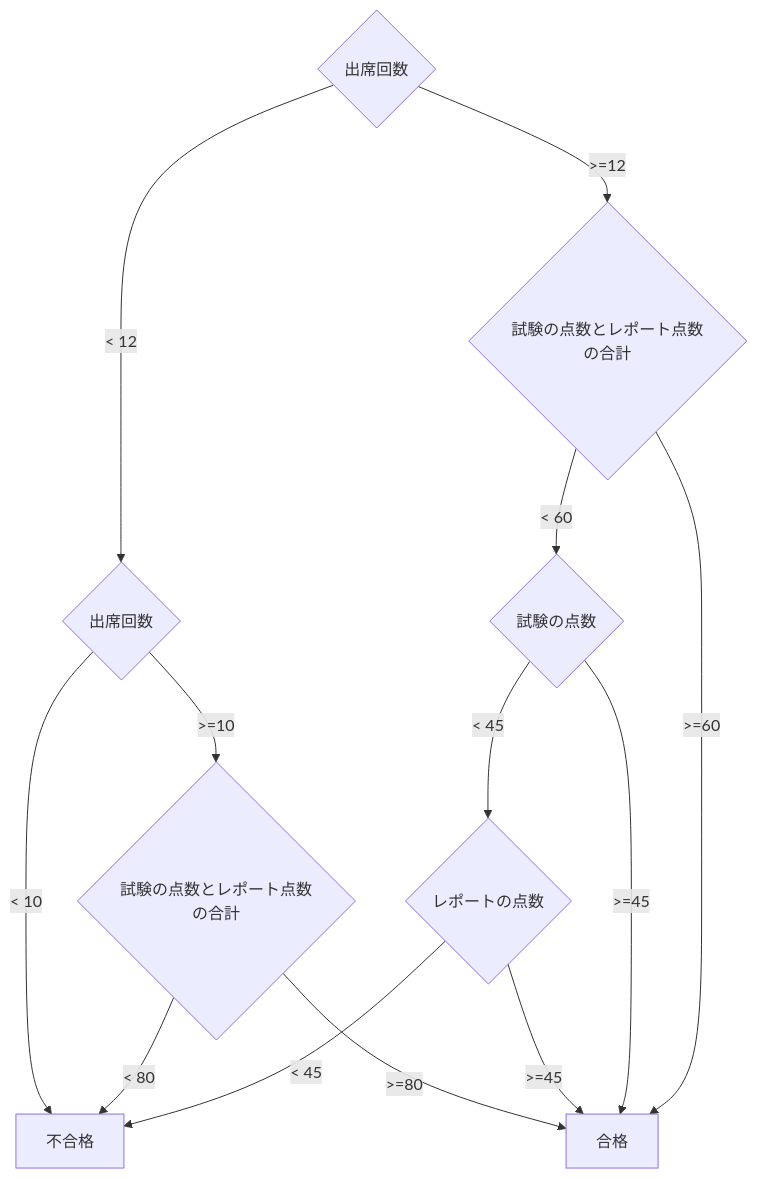
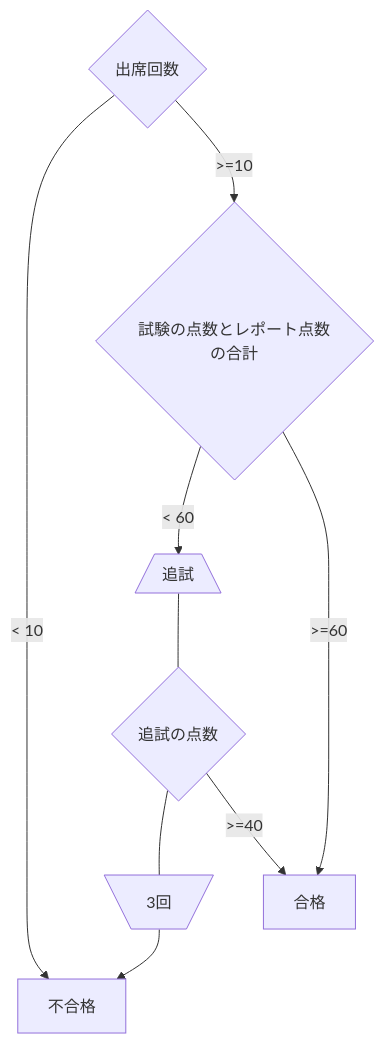
One commit to ShouyaKamoshita/mermaid-test changed the diagram in README.md. Above: the diagram before and after it, drawn with Mermaid.

````diff
--- a/README.md
+++ b/README.md
@@ -1,24 +1,18 @@
 ```mermaid
 flowchart TD
 attend{出席回数}
-attend2{出席回数}
-report2{試験の点数とレポート点数の合計}
 report{試験の点数とレポート点数の合計}
-exam{試験の点数}
-report3{レポートの点数}
+loop[/"追試"\]
+exam{追試の点数}
+loopend[\"3回"/]
+loop --- exam --- loopend
 pass[合格]
 fail[不合格]
-attend -->|< 12| attend2
-attend2 -->|< 10| fail
-attend2 -->|>=10| report2
-report2 -->|>=80| pass
-report2 -->|< 80| fail
-attend -->|>=12| report
-report -->|< 60| exam
-exam -->|< 45| report3
-report3 -->|< 45| fail
-report3 -->|>=45| pass
-exam -->|>=45| pass
+attend -->|< 10| fail
+loopend --> fail
+attend -->|>=10| report
+report -->|< 60| loop
+exam -->|>=40| pass
 report -->|>=60| pass
 
 ```
````
